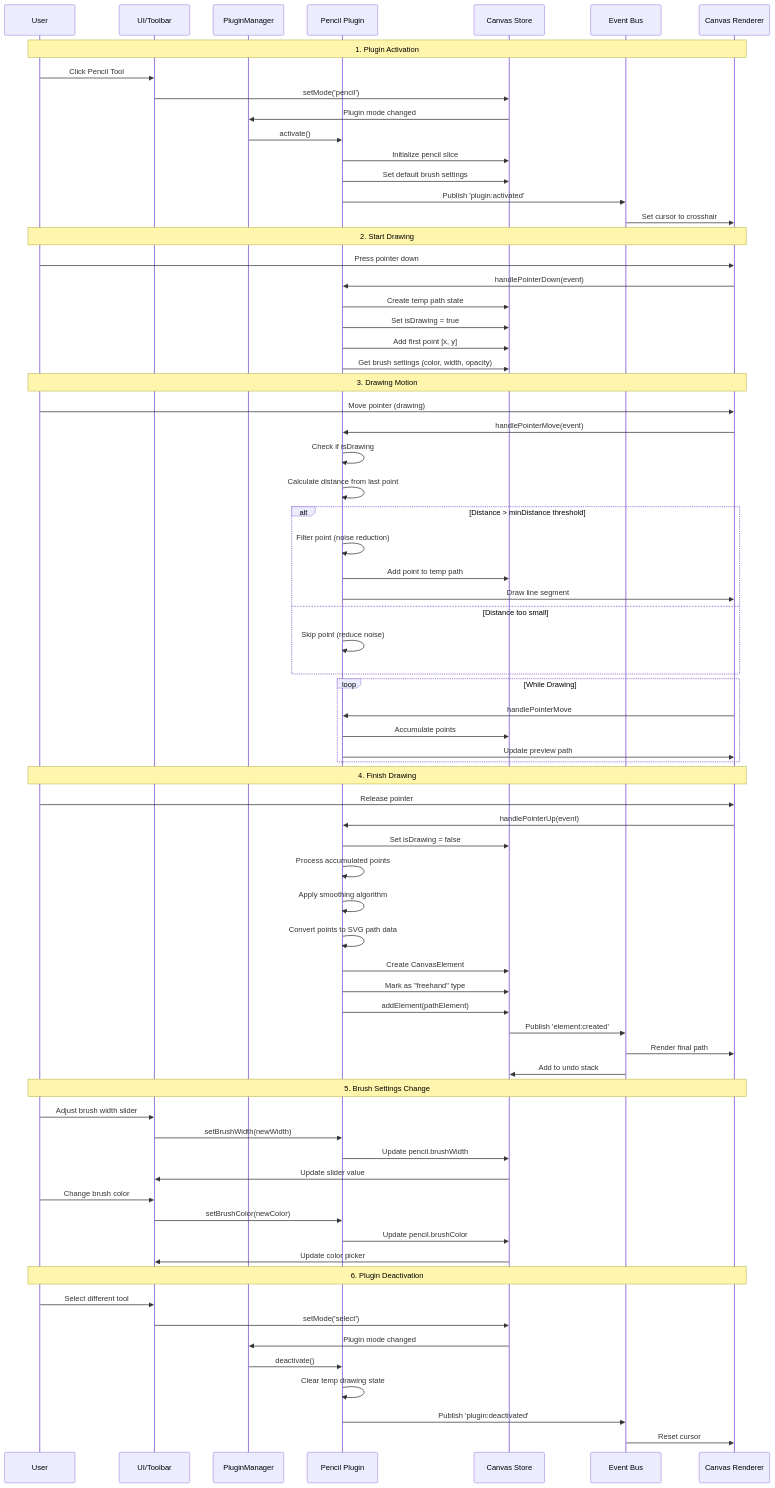
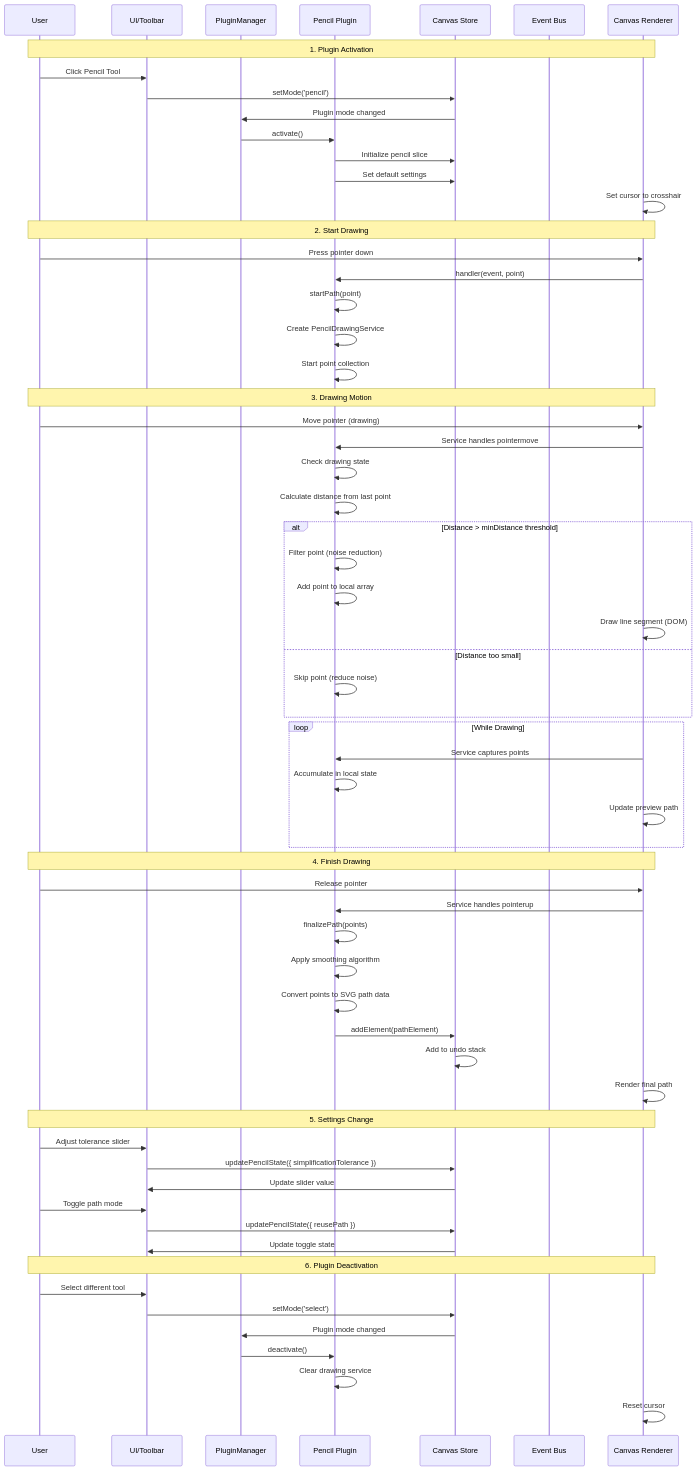
The first of 3 diagrams in doc/docs/plugins/catalog/pencil.md (ekrsulov/ttpe), drawn with Mermaid before and after one commit. The commit also changed other lines of this file and 7 other files, not shown here.

First line of the commit message:
Enhance Event Bus Documentation and Plugin Catalog

````diff
--- a/doc/docs/plugins/catalog/pencil.md
+++ b/doc/docs/plugins/catalog/pencil.md
@@ -21,82 +21,73 @@
 ```mermaid
 sequenceDiagram
     participant User
     participant UI as UI/Toolbar
     participant PM as PluginManager
     participant PP as Pencil Plugin
     participant Store as Canvas Store
     participant EB as Event Bus
     participant Canvas as Canvas Renderer
     
     Note over User,Canvas: 1. Plugin Activation
     User->>UI: Click Pencil Tool
     UI->>Store: setMode('pencil')
     Store->>PM: Plugin mode changed
     PM->>PP: activate()
     PP->>Store: Initialize pencil slice
-    PP->>Store: Set default brush settings
-    PP->>EB: Publish 'plugin:activated'
-    EB->>Canvas: Set cursor to crosshair
+    PP->>Store: Set default settings
+    Canvas->>Canvas: Set cursor to crosshair
     
     Note over User,Canvas: 2. Start Drawing
     User->>Canvas: Press pointer down
-    Canvas->>PP: handlePointerDown(event)
-    PP->>Store: Create temp path state
-    PP->>Store: Set isDrawing = true
-    PP->>Store: Add first point [x, y]
-    PP->>Store: Get brush settings (color, width, opacity)
+    Canvas->>PP: handler(event, point)
+    PP->>PP: startPath(point)
+    PP->>PP: Create PencilDrawingService
+    PP->>PP: Start point collection
     
     Note over User,Canvas: 3. Drawing Motion
     User->>Canvas: Move pointer (drawing)
-    Canvas->>PP: handlePointerMove(event)
-    PP->>PP: Check if isDrawing
+    Canvas->>PP: Service handles pointermove
+    PP->>PP: Check drawing state
     PP->>PP: Calculate distance from last point
     
     alt Distance > minDistance threshold
         PP->>PP: Filter point (noise reduction)
-        PP->>Store: Add point to temp path
-        PP->>Canvas: Draw line segment
+        PP->>PP: Add point to local array
+        Canvas->>Canvas: Draw line segment (DOM)
     else Distance too small
         PP->>PP: Skip point (reduce noise)
     end
     
     loop While Drawing
-        Canvas->>PP: handlePointerMove
-        PP->>Store: Accumulate points
-        PP->>Canvas: Update preview path
+        Canvas->>PP: Service captures points
+        PP->>PP: Accumulate in local state
+        Canvas->>Canvas: Update preview path
     end
     
     Note over User,Canvas: 4. Finish Drawing
     User->>Canvas: Release pointer
-    Canvas->>PP: handlePointerUp(event)
-    PP->>Store: Set isDrawing = false
-    PP->>PP: Process accumulated points
+    Canvas->>PP: Service handles pointerup
+    PP->>PP: finalizePath(points)
     PP->>PP: Apply smoothing algorithm
     PP->>PP: Convert points to SVG path data
-    PP->>Store: Create CanvasElement
-    PP->>Store: Mark as "freehand" type
     PP->>Store: addElement(pathElement)
-    Store->>EB: Publish 'element:created'
-    EB->>Canvas: Render final path
-    EB->>Store: Add to undo stack
+    Store->>Store: Add to undo stack
+    Canvas->>Canvas: Render final path
     
-    Note over User,Canvas: 5. Brush Settings Change
-    User->>UI: Adjust brush width slider
-    UI->>PP: setBrushWidth(newWidth)
-    PP->>Store: Update pencil.brushWidth
+    Note over User,Canvas: 5. Settings Change
+    User->>UI: Adjust tolerance slider
+    UI->>Store: updatePencilState({ simplificationTolerance })
     Store->>UI: Update slider value
     
-    User->>UI: Change brush color
-    UI->>PP: setBrushColor(newColor)
-    PP->>Store: Update pencil.brushColor
-    Store->>UI: Update color picker
+    User->>UI: Toggle path mode
+    UI->>Store: updatePencilState({ reusePath })
+    Store->>UI: Update toggle state
     
     Note over User,Canvas: 6. Plugin Deactivation
     User->>UI: Select different tool
     UI->>Store: setMode('select')
     Store->>PM: Plugin mode changed
     PM->>PP: deactivate()
-    PP->>PP: Clear temp drawing state
-    PP->>EB: Publish 'plugin:deactivated'
-    EB->>Canvas: Reset cursor
+    PP->>PP: Clear drawing service
+    Canvas->>Canvas: Reset cursor
 ```
````
